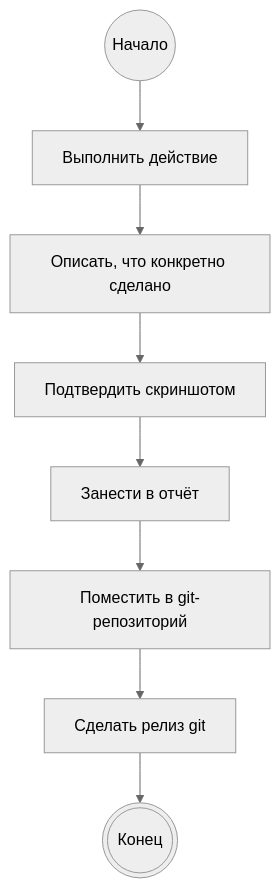
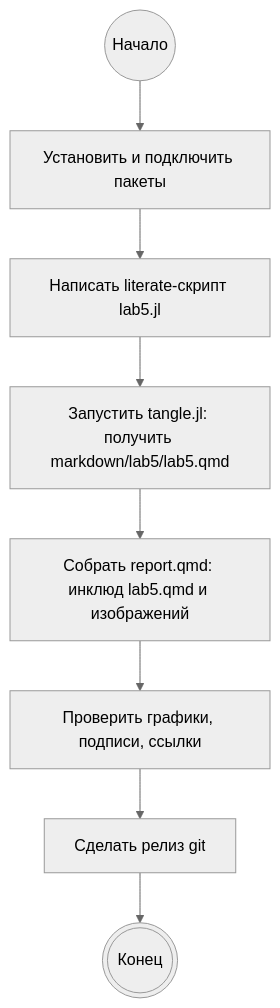
The diagram in labs/lab05/report/computer-practice-lab05-report.qmd (vparbatova/study_2024-2025_computer-practice), drawn with Mermaid (neutral theme) before and after one commit. The commit also changed other lines of this file and 134 other files, not shown here.

Commit message:
lab05: add report, presentation, plots and fixed lab5.jl

````diff
--- a/labs/lab05/report/computer-practice-lab05-report.qmd
+++ b/labs/lab05/report/computer-practice-lab05-report.qmd
@@ -62,11 +82,11 @@
 ```{mermaid}
 %%| fig-width: 100%
 graph TD
-    A@{ shape: circle, label: "Начало" } --> B[Выполнить действие]
-    B --> C[Описать, что конкретно сделано]
-    C --> D[Подтвердить скриншотом]
-    D --> E[Занести в отчёт]
-    E --> F[Поместить в git-репозиторий]
+    A@{ shape: circle, label: "Начало" } --> B[Установить и подключить пакеты]
+    B --> C[Написать literate-скрипт lab5.jl]
+    C --> D[Запустить tangle.jl: получить markdown/lab5/lab5.qmd]
+    D --> E[Собрать report.qmd: инклюд lab5.qmd и изображений]
+    E --> F[Проверить графики, подписи, ссылки]
     F --> G[Сделать релиз git]
     G --> J@{ shape: dbl-circ, label: "Конец" }
 ```
````
